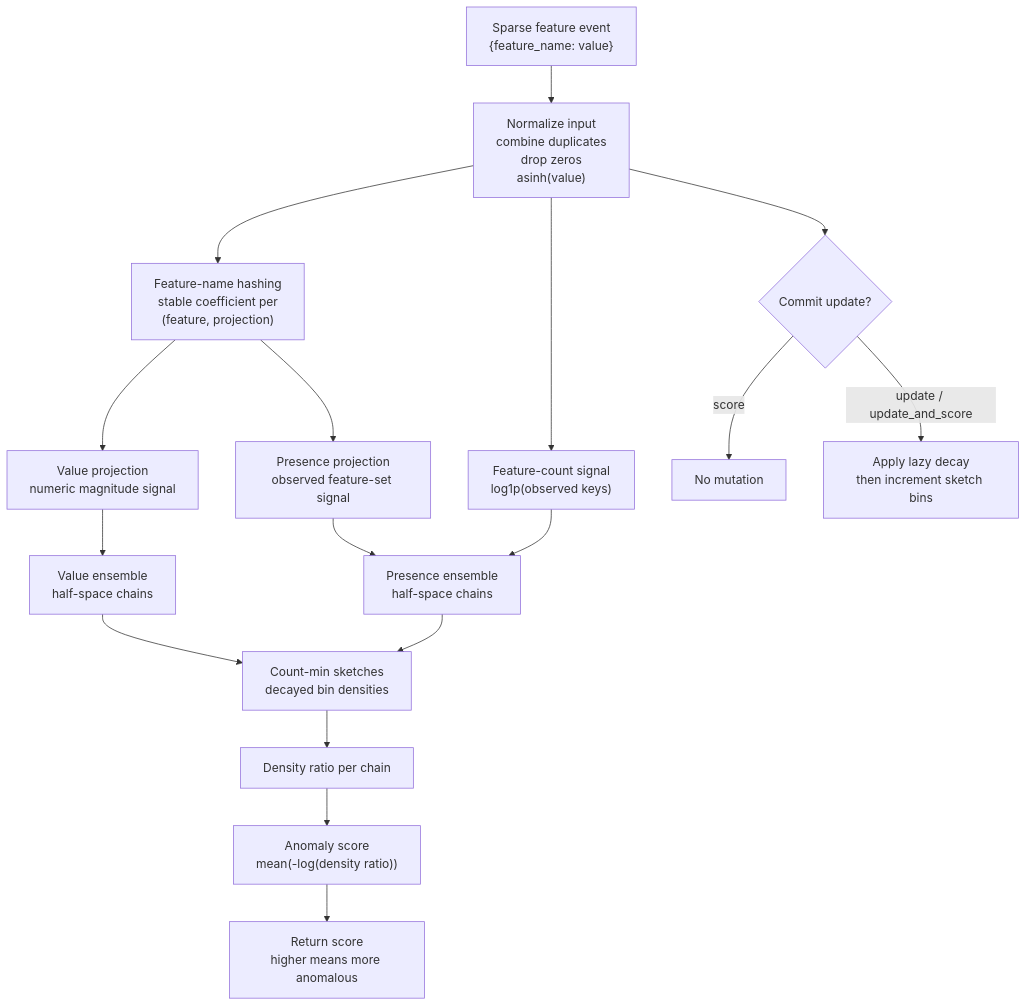
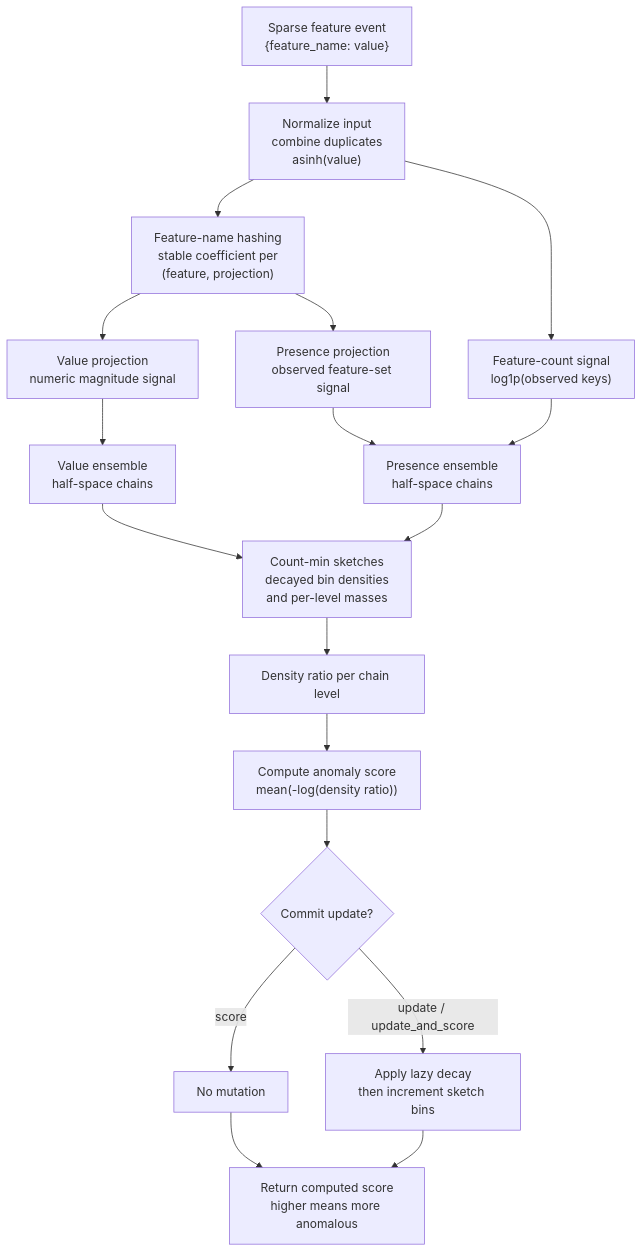
Before and after one commit to Bing-su/rcf3: the first of 2 diagrams in research/featuresketch.md, drawn with Mermaid. The commit also changed other lines of this file, not shown here.

````diff
--- a/research/featuresketch.md
+++ b/research/featuresketch.md
@@ -132,19 +132,20 @@
 ```mermaid
 flowchart TD
-    A["Sparse feature event<br/>{feature_name: value}"] --> B["Normalize input<br/>combine duplicates<br/>drop zeros<br/>asinh(value)"]
+    A["Sparse feature event<br/>{feature_name: value}"] --> B["Normalize input<br/>combine duplicates<br/>asinh(value)"]
     B --> C["Feature-name hashing<br/>stable coefficient per<br/>(feature, projection)"]
     C --> D["Value projection<br/>numeric magnitude signal"]
     C --> E["Presence projection<br/>observed feature-set signal"]
     B --> F["Feature-count signal<br/>log1p(observed keys)"]
     D --> G["Value ensemble<br/>half-space chains"]
     E --> H["Presence ensemble<br/>half-space chains"]
     F --> H
-    G --> I["Count-min sketches<br/>decayed bin densities"]
+    G --> I["Count-min sketches<br/>decayed bin densities<br/>and per-level masses"]
     H --> I
-    I --> J["Density ratio per chain"]
-    J --> K["Anomaly score<br/>mean(-log(density ratio))"]
-    K --> L["Return score<br/>higher means more anomalous"]
-    B --> M{"Commit update?"}
-    M -->|score| N["No mutation"]
-    M -->|update / update_and_score| O["Apply lazy decay<br/>then increment sketch bins"]
+    I --> J["Density ratio per chain level"]
+    J --> K["Compute anomaly score<br/>mean(-log(density ratio))"]
+    K --> L{"Commit update?"}
+    L -->|score| M["No mutation"]
+    L -->|update / update_and_score| N["Apply lazy decay<br/>then increment sketch bins"]
+    M --> O["Return computed score<br/>higher means more anomalous"]
+    N --> O
 ```
````
